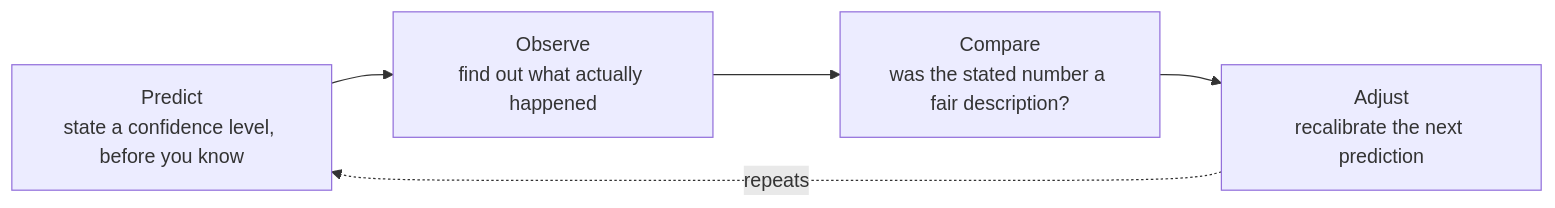
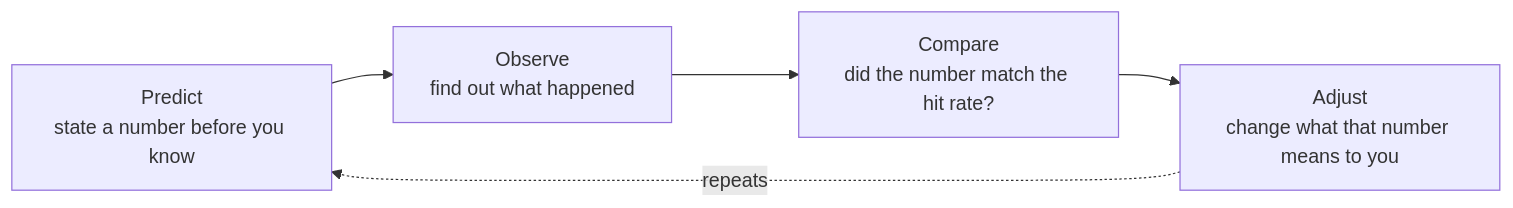
Before and after one commit to francoandreDev/knowledge: the third of 3 diagrams in src/content/learning-craft/calibration/L2-concept.mdx, drawn with Mermaid. The commit also changed other lines of this file and 3 other files, not shown here.

````diff
--- a/src/content/learning-craft/calibration/L2-concept.mdx
+++ b/src/content/learning-craft/calibration/L2-concept.mdx
@@ -83,7 +92,7 @@
 ```mermaid
 flowchart LR
-    A[Predict<br/>state a confidence level, before you know] --> B[Observe<br/>find out what actually happened]
-    B --> C[Compare<br/>was the stated number a fair description?]
-    C --> D[Adjust<br/>recalibrate the next prediction]
+    A["Predict<br/>state a number before you know"] --> B["Observe<br/>find out what happened"]
+    B --> C["Compare<br/>did the number match the hit rate?"]
+    C --> D["Adjust<br/>change what that number means to you"]
     D -.repeats.-> A
 ```
````
